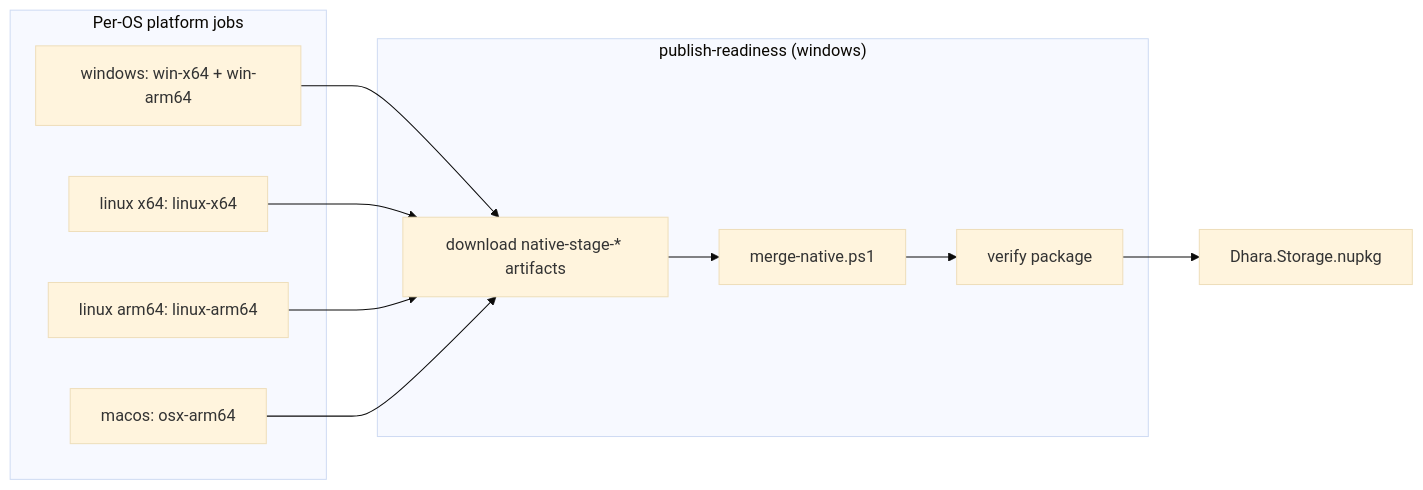
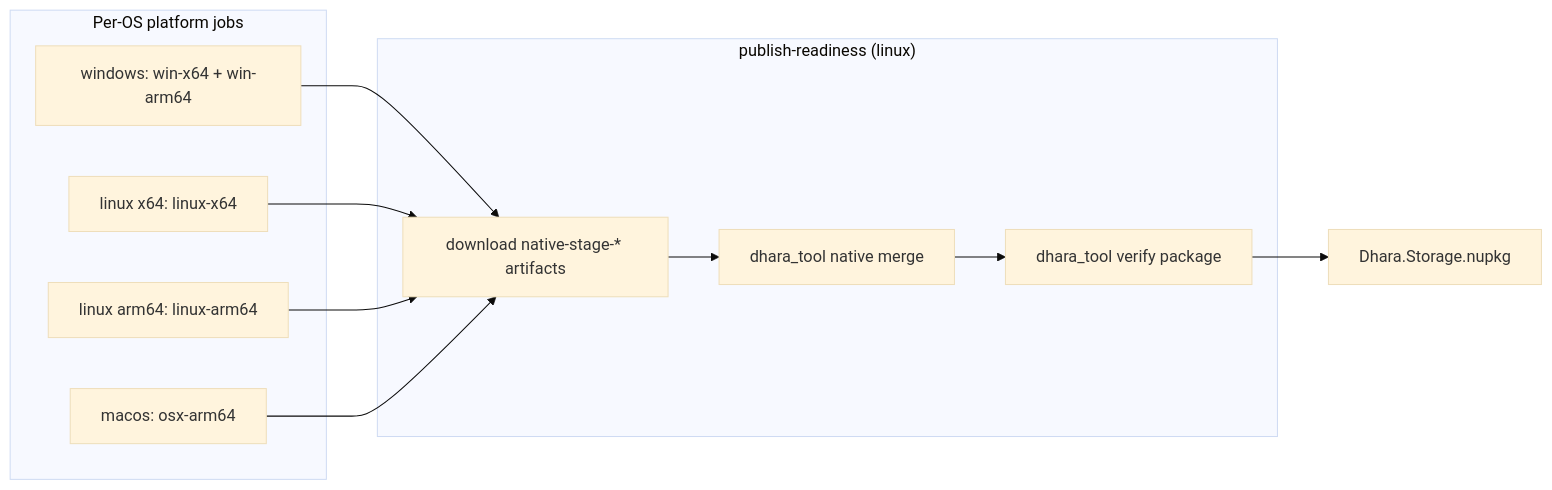
One commit to D-Naveenz/dhara_storage changed the diagram in docs/native-packaging.md. Above: the diagram before and after it, drawn with Mermaid (base theme). The commit also changed other lines of this file and 228 other files, not shown here.

````diff
--- a/docs/native-packaging.md
+++ b/docs/native-packaging.md
@@ -9,18 +9,18 @@
 ```mermaid
 flowchart LR
   subgraph stage ["Per-OS platform jobs"]
     W[windows: win-x64 + win-arm64]
     L[linux x64: linux-x64]
     LA[linux arm64: linux-arm64]
     M[macos: osx-arm64]
   end
 
-  subgraph merge ["publish-readiness (windows)"]
+  subgraph merge ["publish-readiness (linux)"]
     DL[download native-stage-* artifacts]
-    MG[merge-native.ps1]
-    VP[verify package]
+    MG[dhara_tool native merge]
+    VP[dhara_tool verify package]
   end
 
   W & L & LA & M --> DL --> MG --> VP
   VP --> NUPKG[Dhara.Storage.nupkg]
 ```
````
